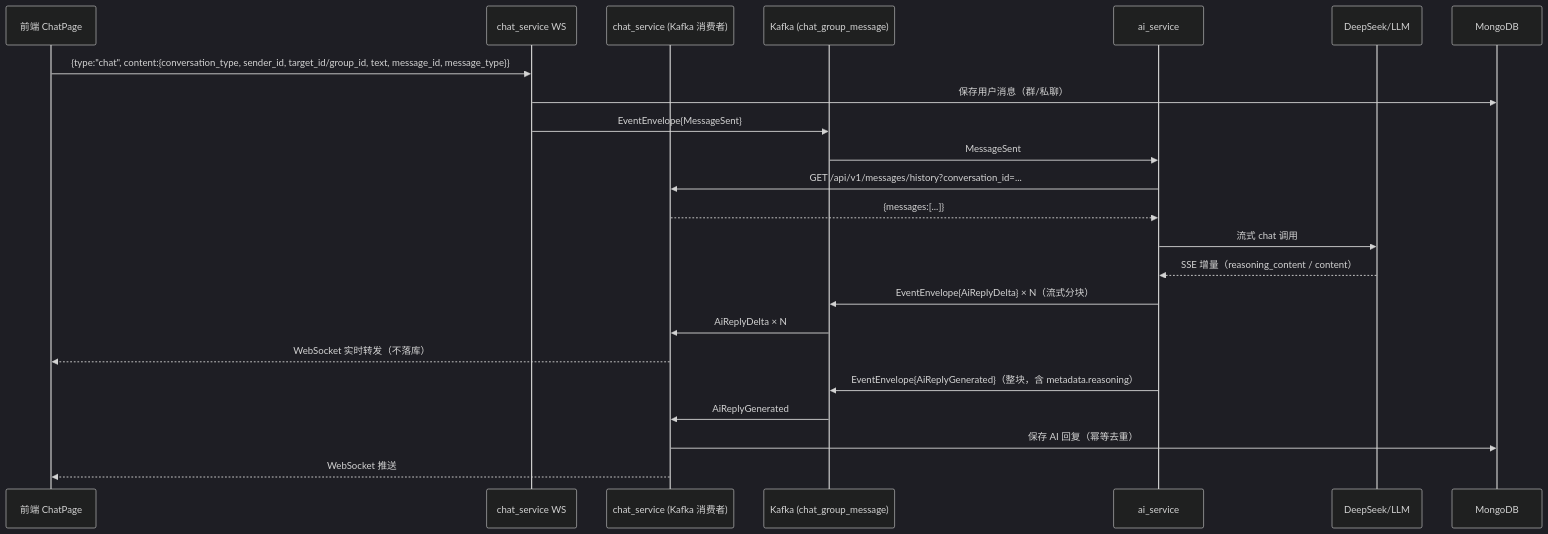
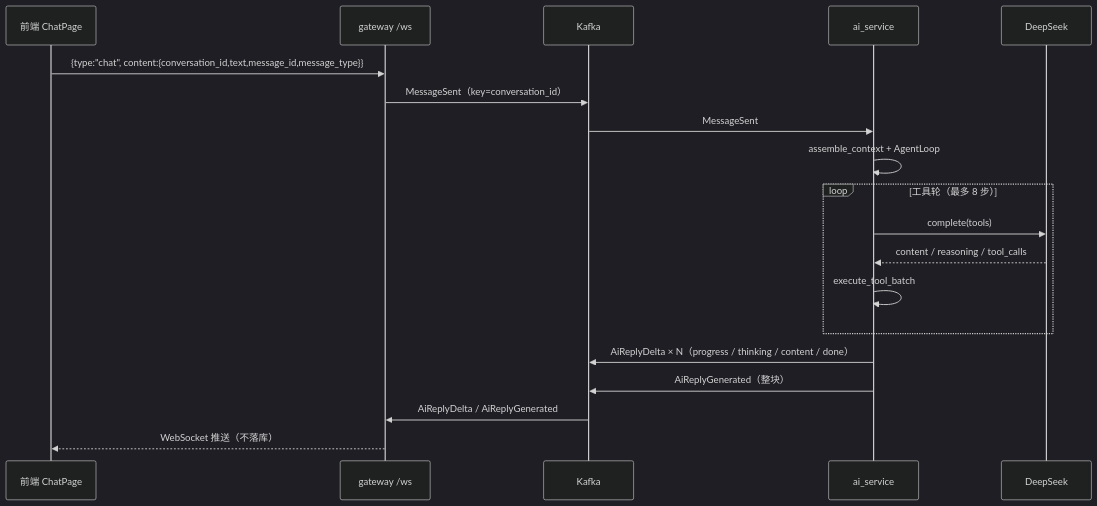
Before and after one commit to ChantLingWang/TDL: the diagram in docs/message-chain.md, drawn with Mermaid (dark theme). The commit also changed other lines of this file and 166 other files, not shown here.

First line of the commit message:
refactor: ai_service 改为 AgentLoop harness 并清理工程卫生

````diff
--- a/docs/message-chain.md
+++ b/docs/message-chain.md
@@ -8,26 +13,22 @@
 ```mermaid
 sequenceDiagram
     participant FE as 前端 ChatPage
-    participant WS as chat_service WS
-    participant CS as chat_service (Kafka 消费者)
-    participant K as Kafka (chat_group_message)
+    participant GW as gateway /ws
+    participant K as Kafka
     participant AI as ai_service
-    participant LLM as DeepSeek/LLM
-    participant M as MongoDB
+    participant LLM as DeepSeek
 
-    FE->>WS: {type:"chat", content:{conversation_type, sender_id, target_id/group_id, text, message_id, message_type}}
-    WS->>M: 保存用户消息（群/私聊）
-    WS->>K: EventEnvelope{MessageSent}
+    FE->>GW: {type:"chat", content:{conversation_id,text,message_id,message_type}}
+    GW->>K: MessageSent（key=conversation_id）
     K->>AI: MessageSent
-    AI->>CS: GET /api/v1/messages/history?conversation_id=...
-    CS-->>AI: {messages:[...]}
-    AI->>LLM: 流式 chat 调用
-    LLM-->>AI: SSE 增量（reasoning_content / content）
-    AI->>K: EventEnvelope{AiReplyDelta} × N（流式分块）
-    K->>CS: AiReplyDelta × N
-    CS-->>FE: WebSocket 实时转发（不落库）
-    AI->>K: EventEnvelope{AiReplyGenerated}（整块，含 metadata.reasoning）
-    K->>CS: AiReplyGenerated
-    CS->>M: 保存 AI 回复（幂等去重）
-    CS-->>FE: WebSocket 推送
+    AI->>AI: assemble_context + AgentLoop
+    loop 工具轮（最多 8 步）
+        AI->>LLM: complete(tools)
+        LLM-->>AI: content / reasoning / tool_calls
+        AI->>AI: execute_tool_batch
+    end
+    AI->>K: AiReplyDelta × N（progress / thinking / content / done）
+    AI->>K: AiReplyGenerated（整块）
+    K->>GW: AiReplyDelta / AiReplyGenerated
+    GW-->>FE: WebSocket 推送（不落库）
 ```
````
